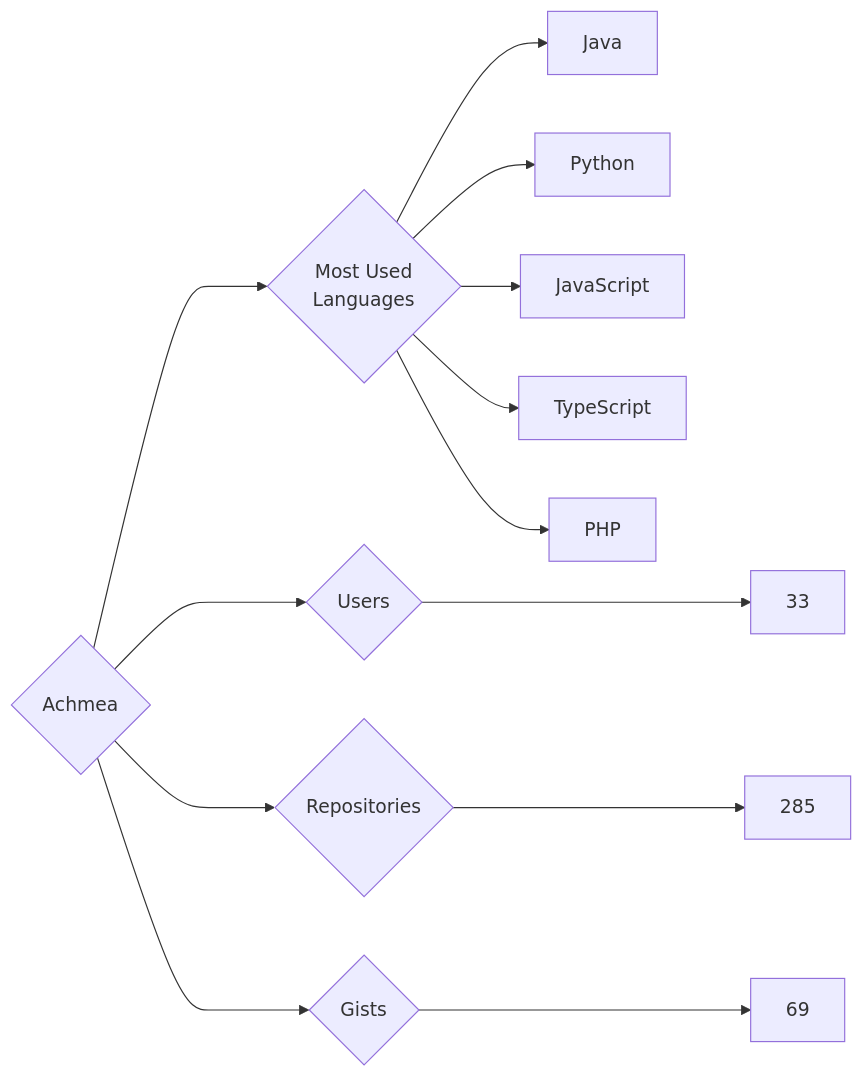
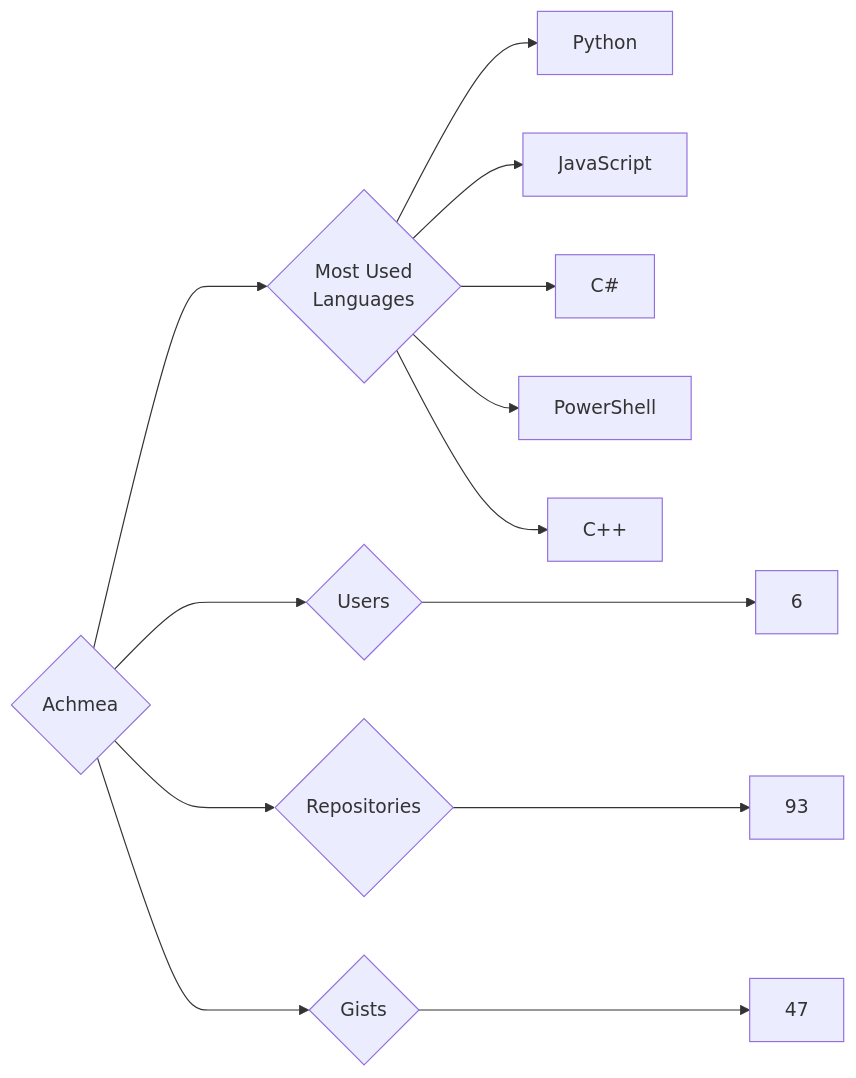
Before and after one commit to trickest/insiders: the diagram in targets/Achmea/README.md, drawn with Mermaid. The commit also changed 1238 other files, not shown here.

````diff
--- a/targets/Achmea/README.md
+++ b/targets/Achmea/README.md
@@ -3,13 +3,13 @@
 ```mermaid
 graph LR
 COMPANY_NAME{Achmea}
-COMPANY_NAME ---> U{Users} ---> UN[33]
-COMPANY_NAME ---> R{Repositories} ---> RN[285]
-COMPANY_NAME ---> G{Gists} ---> GN[69]
+COMPANY_NAME ---> U{Users} ---> UN[6]
+COMPANY_NAME ---> R{Repositories} ---> RN[93]
+COMPANY_NAME ---> G{Gists} ---> GN[47]
 COMPANY_NAME ---> ML{Most Used<br>Languages}
-ML --> Java[Java]
 ML --> Python[Python]
 ML --> JavaScript[JavaScript]
-ML --> TypeScript[TypeScript]
-ML --> PHP[PHP]
+ML --> C#[C#]
+ML --> PowerShell[PowerShell]
+ML --> C++[C++]
 ```
````
